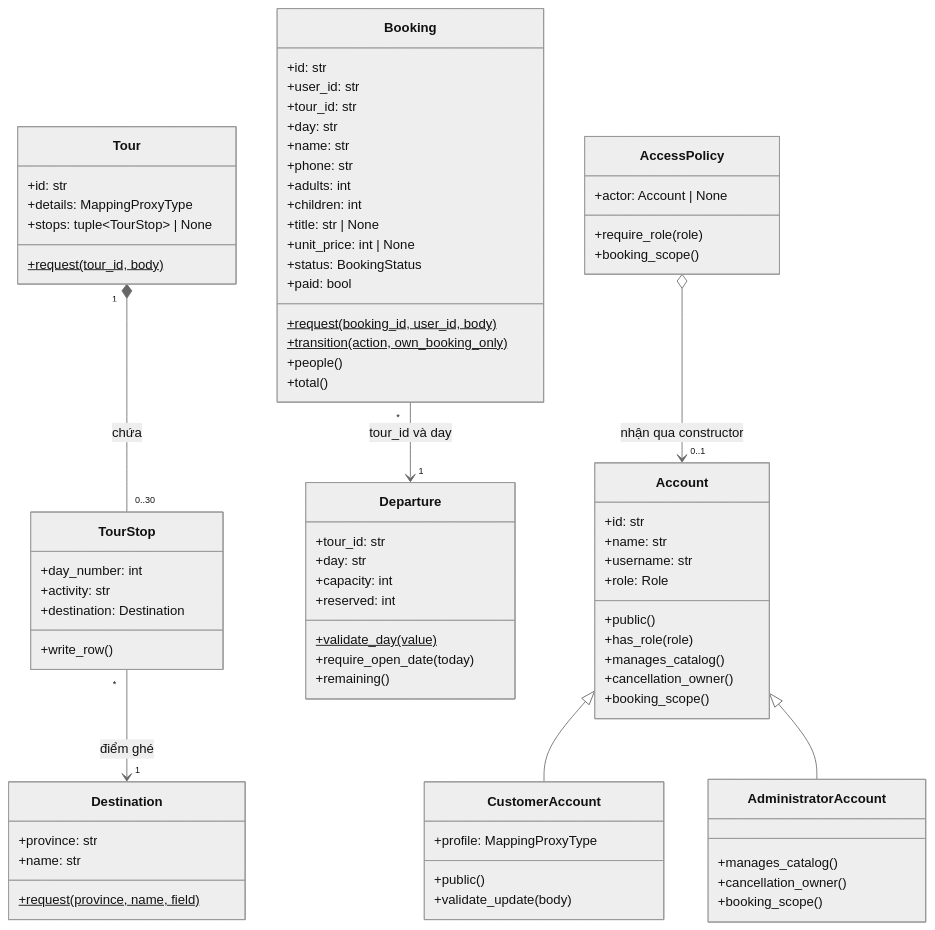
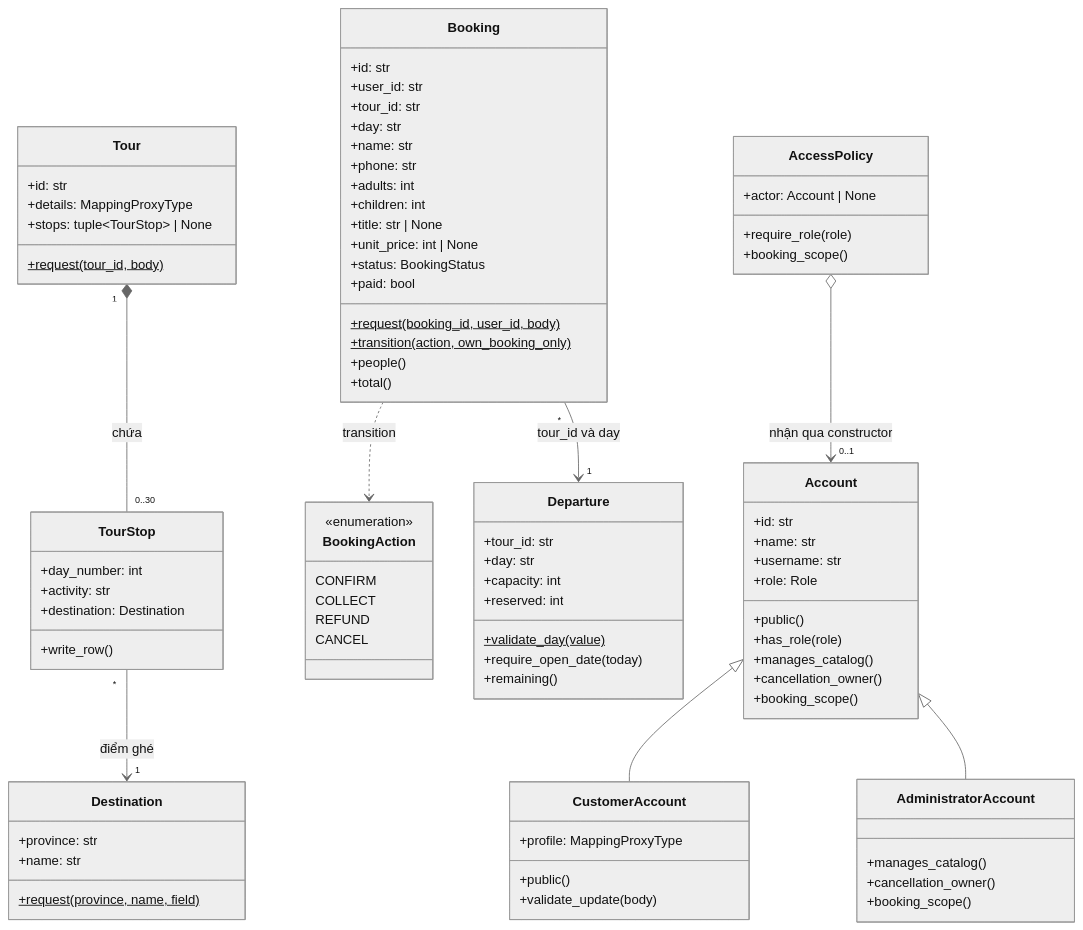
The first of 2 diagrams in docs/checklist-4.1.md (dqming1876/OOP_TourManager), drawn with Mermaid (neutral theme) before and after one commit. The commit also changed other lines of this file and 4 other files, not shown here.

Commit message:
Validate booking transitions with a four-value action enum

```diff
--- a/docs/checklist-4.1.md
+++ b/docs/checklist-4.1.md
@@ -22,6 +22,14 @@
         +name: str
         +request(province, name, field)$
     }
+    class BookingAction {
+        <<enumeration>>
+        CONFIRM
+        COLLECT
+        REFUND
+        CANCEL
+    }
+    Booking ..> BookingAction : transition
     class Booking {
         +id: str
         +user_id: str
```
